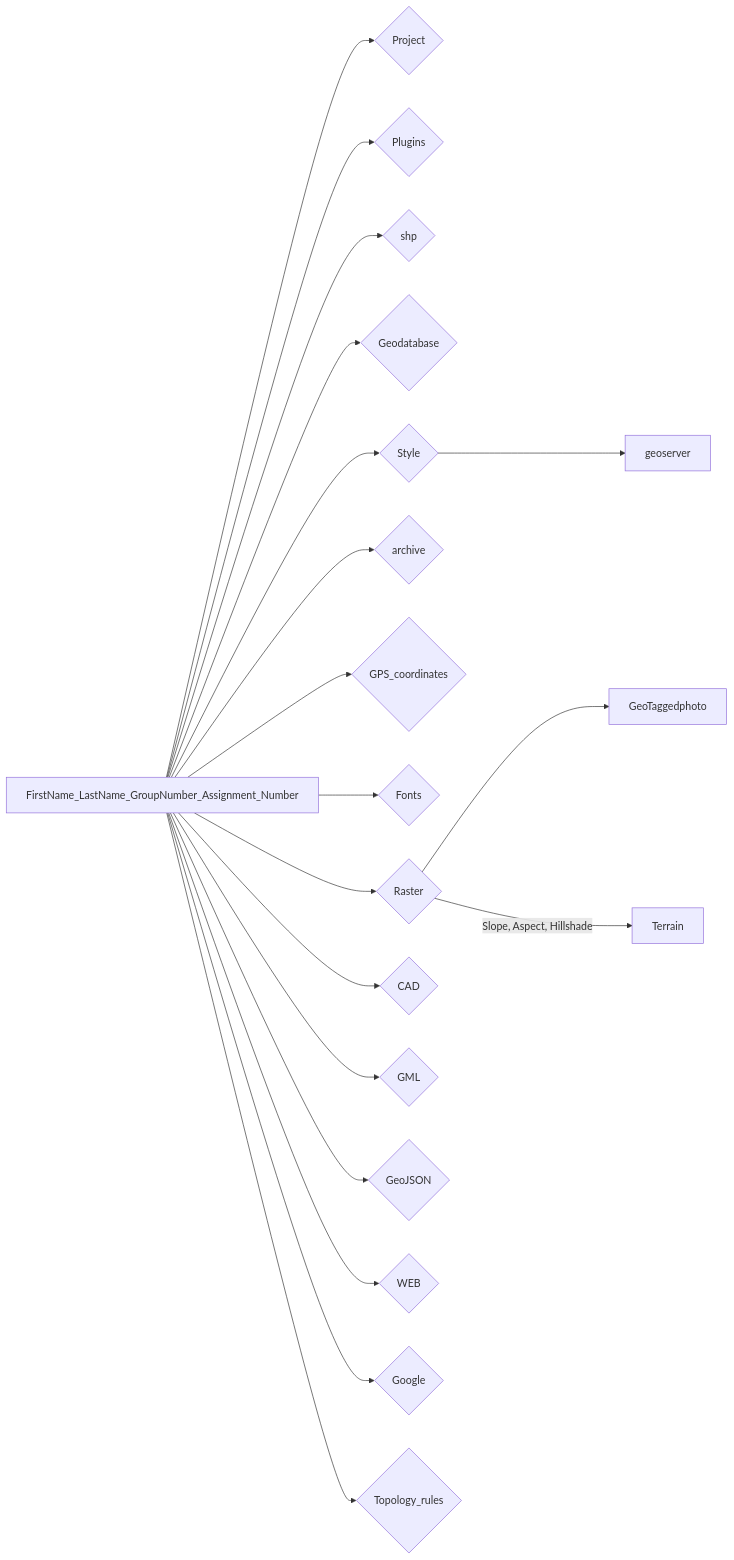
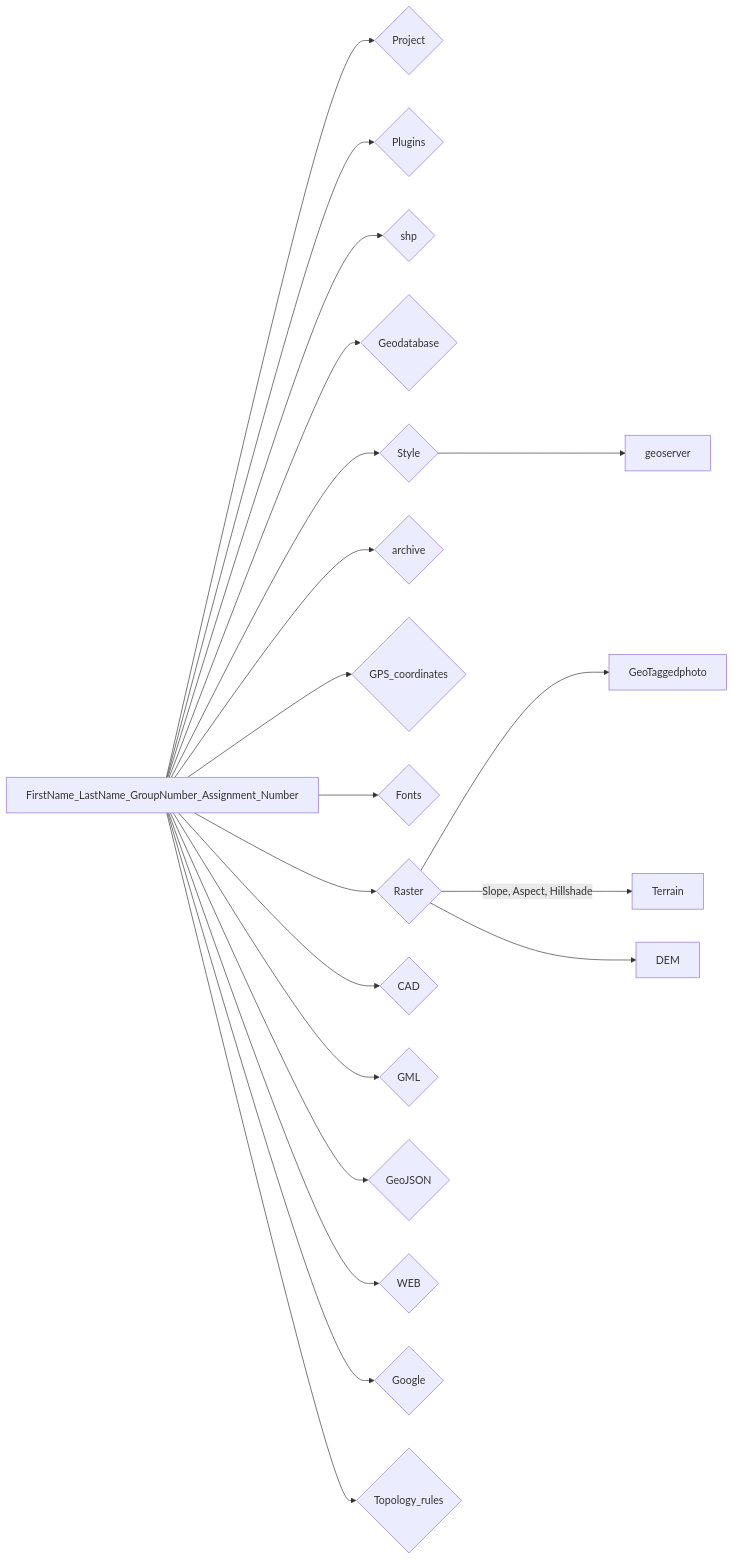
One commit to ezdanapak/GTU-GIS changed the diagram in docs/GIS_SKA/Lab/Terrain_analysis.md. Above: the diagram before and after it, drawn with Mermaid. The commit also changed other lines of this file, not shown here.

````diff
--- a/docs/GIS_SKA/Lab/Terrain_analysis.md
+++ b/docs/GIS_SKA/Lab/Terrain_analysis.md
@@ -86,23 +86,24 @@
 ``` mermaid
 graph LR
   A[FirstName_LastName_GroupNumber_Assignment_Number] --> B{Project};
   A[FirstName_LastName_GroupNumber_Assignment_Number] --> C{Plugins};
   A[FirstName_LastName_GroupNumber_Assignment_Number] --> D{shp};
   A[FirstName_LastName_GroupNumber_Assignment_Number] --> E{Geodatabase};
   A[FirstName_LastName_GroupNumber_Assignment_Number] --> F{Style};
   A[FirstName_LastName_GroupNumber_Assignment_Number] --> G{archive};
   A[FirstName_LastName_GroupNumber_Assignment_Number] --> H{GPS_coordinates};
   A[FirstName_LastName_GroupNumber_Assignment_Number] --> I{Fonts};
   A[FirstName_LastName_GroupNumber_Assignment_Number] --> J{Raster};
   J --> K[GeoTaggedphoto];
   A[FirstName_LastName_GroupNumber_Assignment_Number] --> L{CAD};
   A[FirstName_LastName_GroupNumber_Assignment_Number] --> M{GML};
   A[FirstName_LastName_GroupNumber_Assignment_Number] --> N{GeoJSON};
   F --> O[geoserver];
   A[FirstName_LastName_GroupNumber_Assignment_Number] --> P{WEB};
   A[FirstName_LastName_GroupNumber_Assignment_Number] --> Q{Google};
   A[FirstName_LastName_GroupNumber_Assignment_Number] --> R{Topology_rules};
   J -->|Slope, Aspect, Hillshade| S[Terrain];
+  J --> T[DEM];
 
 
 ```
````
